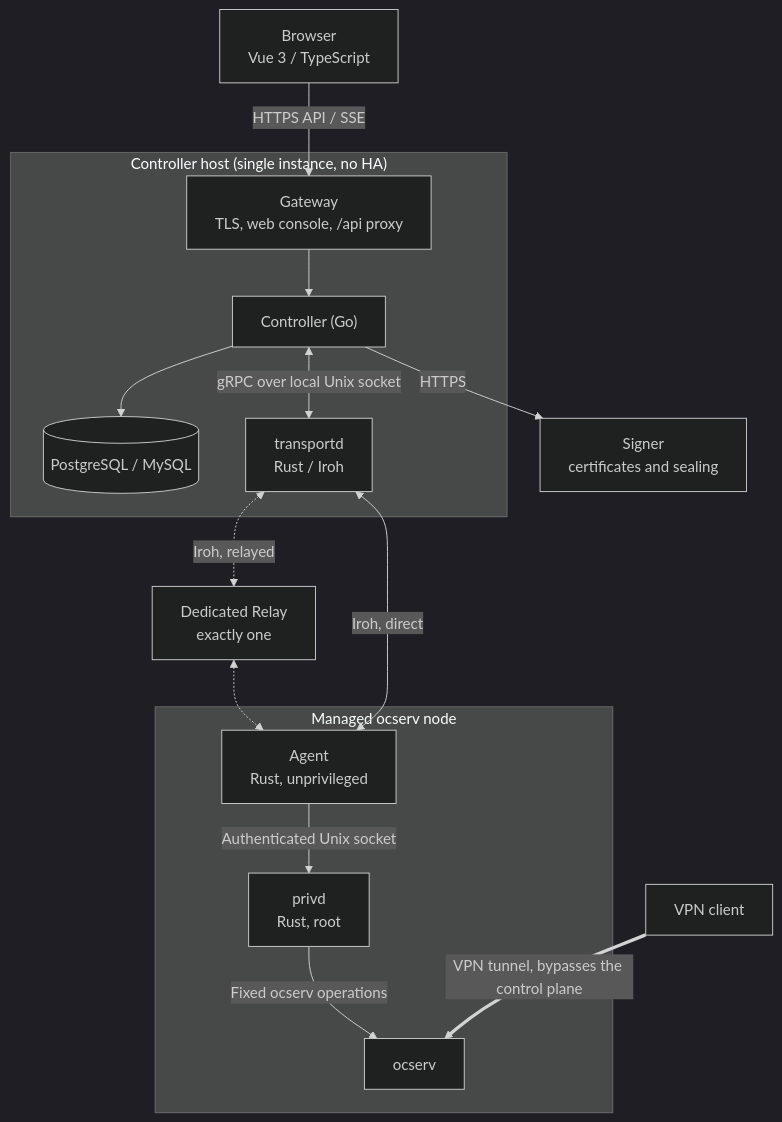
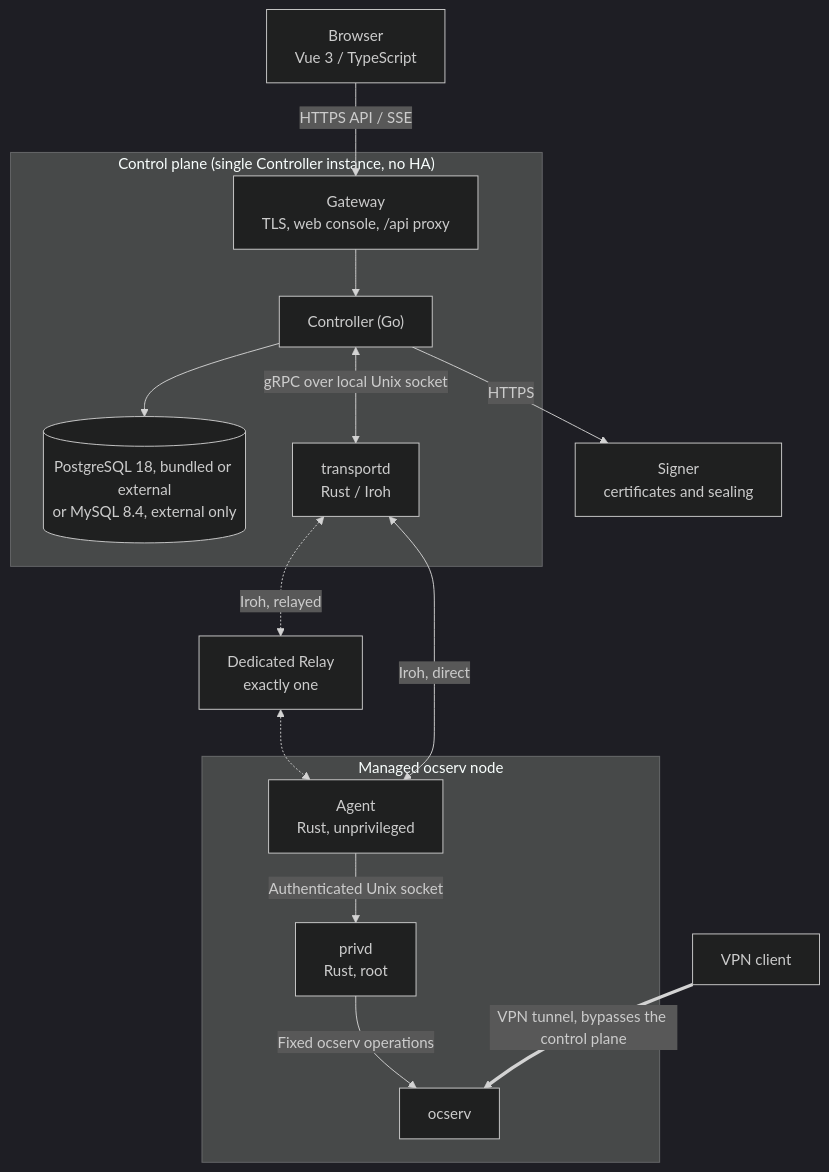
The diagram in README.md (GentleKingson/ocservia), drawn with Mermaid (dark theme) before and after one commit. The commit also changed other lines of this file, not shown here.

Commit message:
docs(readme): clarify database placement, Integrated Edge and acceptance
Label the diagram group as the logical control plane and state that MySQL
is external-only, mention the Integrated SNI Edge, and describe what a
202 acceptance records.

````diff
--- a/README.md
+++ b/README.md
@@ -45,18 +45,18 @@
 ```mermaid
 flowchart TB
     Browser["Browser<br/>Vue 3 / TypeScript"] -->|"HTTPS API / SSE"| Gateway
-    subgraph ControllerHost["Controller host (single instance, no HA)"]
+    subgraph ControlPlane["Control plane (single Controller instance, no HA)"]
         Gateway["Gateway<br/>TLS, web console, /api proxy"] --> Controller["Controller (Go)"]
-        Controller --> Database[("PostgreSQL / MySQL")]
+        Controller --> Database[("PostgreSQL 18, bundled or external<br/>or MySQL 8.4, external only")]
         Controller <-->|"gRPC over local Unix socket"| Transportd["transportd<br/>Rust / Iroh"]
     end
     Controller -->|"HTTPS"| Signer["Signer<br/>certificates and sealing"]
     Transportd <-.->|"Iroh, relayed"| Relay["Dedicated Relay<br/>exactly one"]
     Relay <-.-> Agent
     Transportd <-->|"Iroh, direct"| Agent
     subgraph Node["Managed ocserv node"]
         Agent["Agent<br/>Rust, unprivileged"] -->|"Authenticated Unix socket"| Privd["privd<br/>Rust, root"]
         Privd -->|"Fixed ocserv operations"| Ocserv["ocserv"]
     end
     Client["VPN client"] ==>|"VPN tunnel, bypasses the control plane"| Ocserv
 ```
````
